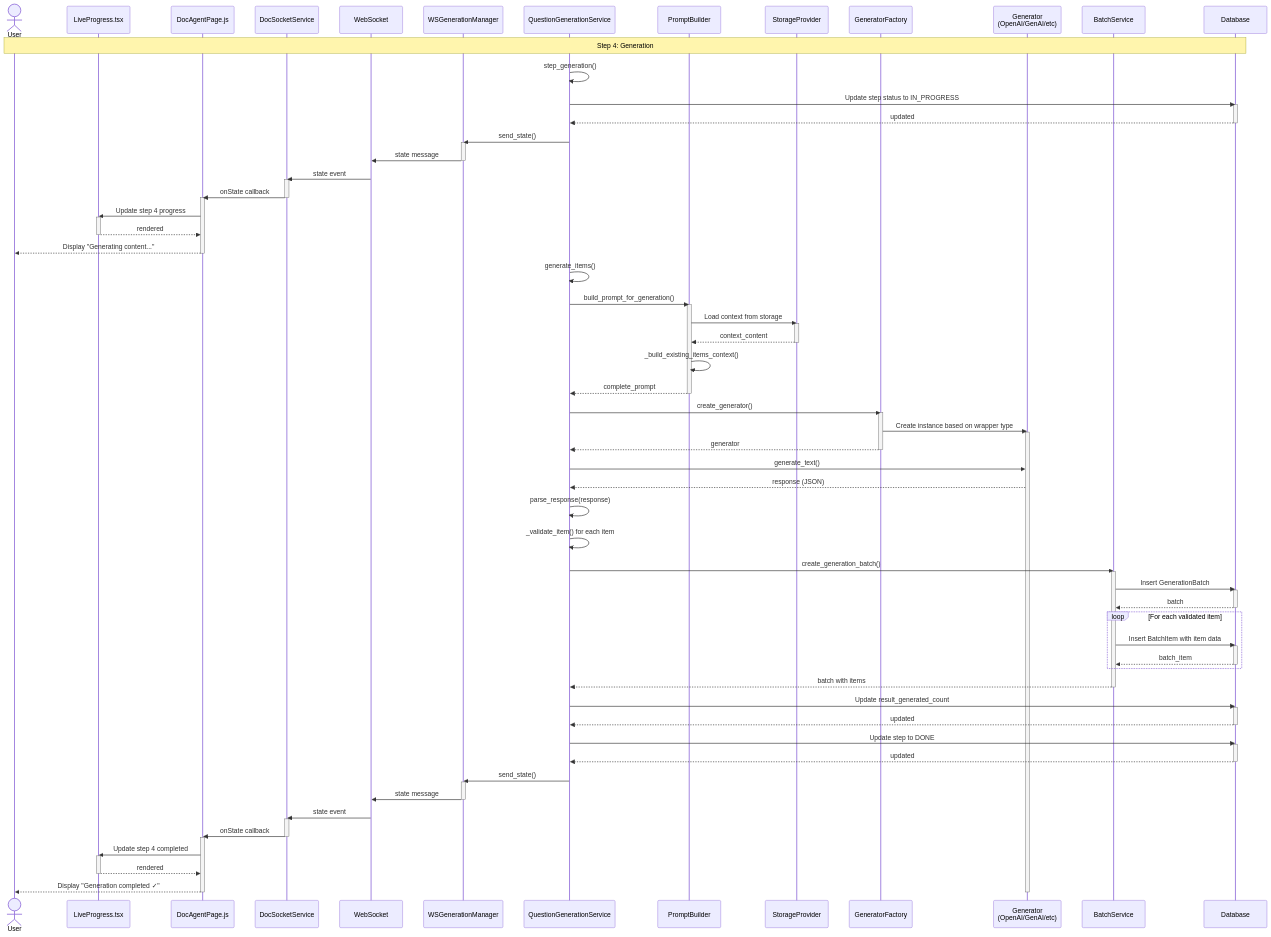
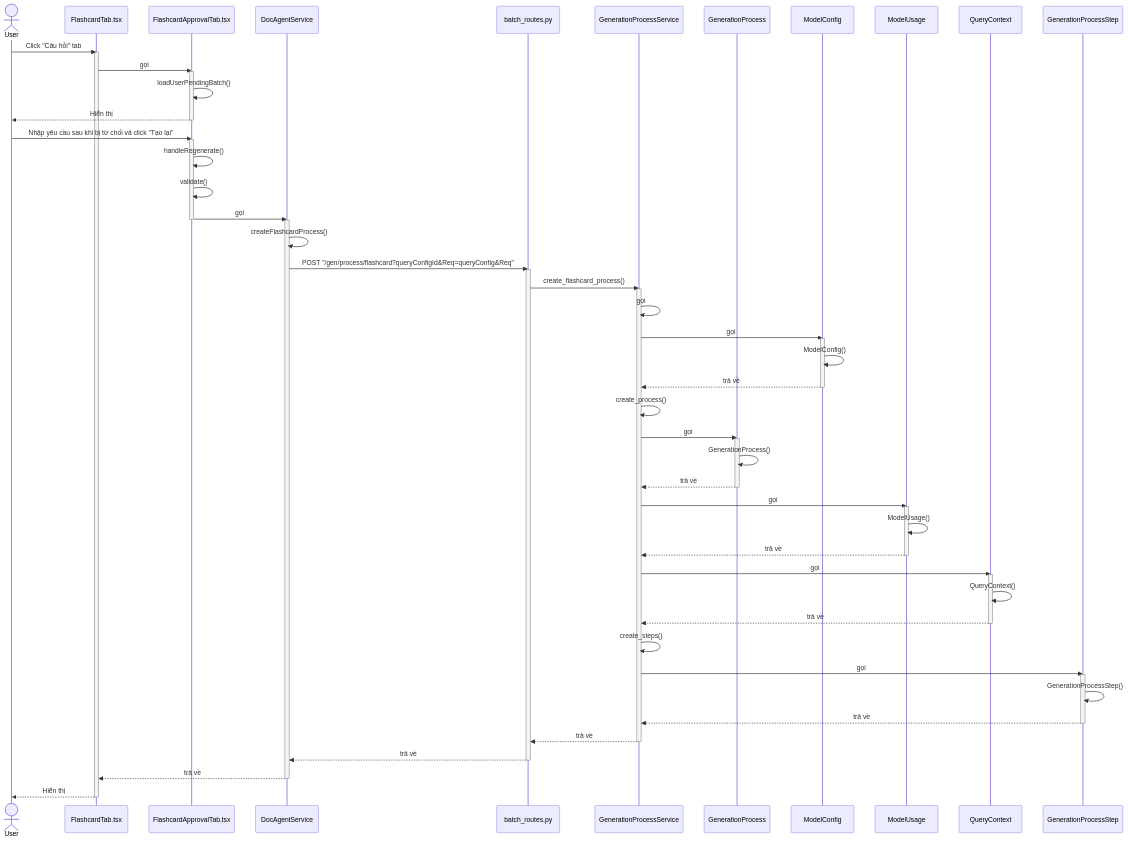
One commit to mduc-2610/gp_doc changed the fourth of 10 diagrams in generation/4_generation_batch_seq.md. Above: the diagram before and after it, drawn with Mermaid. The commit also changed other lines of this file and 34 other files, not shown here.

````diff
--- a/generation/4_generation_batch_seq.md
+++ b/generation/4_generation_batch_seq.md
@@ -554,113 +203,90 @@
 ```mermaid
 sequenceDiagram
     actor User
-    participant LiveProgress as LiveProgress.tsx
-    participant DocAgentPage as DocAgentPage.js
-    participant DocSocketService as DocSocketService
-    participant WebSocket as WebSocket
-    participant WSManager as WSGenerationManager
-    participant QuestionGenService as QuestionGenerationService
-    participant PromptBuilder as PromptBuilder
-    participant StorageProvider as StorageProvider
-    participant GeneratorFactory as GeneratorFactory
-    participant Generator as Generator<br/>(OpenAI/GenAI/etc)
-    participant BatchService as BatchService
-    participant DB as Database
+    participant FlashcardTab as FlashcardTab.tsx
+    participant FlashcardApprovalTab as FlashcardApprovalTab.tsx
+    participant DocAgentService as DocAgentService
+    participant BatchRoutes as batch_routes.py
+    participant GenerationProcessService as GenerationProcessService
+    participant GenerationProcess as GenerationProcess
+    participant ModelConfig as ModelConfig
+    participant ModelUsage as ModelUsage
+    participant QueryContext as QueryContext
+    participant GenerationProcessStep as GenerationProcessStep
 
-    Note over User,DB: Step 4: Generation
-    QuestionGenService->>QuestionGenService: step_generation()
-    QuestionGenService->>DB: Update step status to IN_PROGRESS
-    activate DB
-    DB-->>QuestionGenService: updated
-    deactivate DB
+    User->>FlashcardTab: Click "Câu hỏi" tab
+    activate FlashcardTab
     
-    QuestionGenService->>WSManager: send_state()
-    activate WSManager
-    WSManager->>WebSocket: state message
-    deactivate WSManager
+    FlashcardTab->>FlashcardApprovalTab: gọi
+    activate FlashcardApprovalTab
     
-    WebSocket->>DocSocketService: state event
-    activate DocSocketService
-    DocSocketService->>DocAgentPage: onState callback
-    deactivate DocSocketService
+    FlashcardApprovalTab->>FlashcardApprovalTab: loadUserPendingBatch()
+    FlashcardApprovalTab-->>User: Hiển thị
+    deactivate FlashcardApprovalTab
     
-    activate DocAgentPage
-    DocAgentPage->>LiveProgress: Update step 4 progress
-    activate LiveProgress
-    LiveProgress-->>DocAgentPage: rendered
-    deactivate LiveProgress
-    DocAgentPage-->>User: Display "Generating content..."
-    deactivate DocAgentPage
+    User->>FlashcardApprovalTab: Nhập yêu cầu sau khi bị từ chối và click "Tạo lại"
+    activate FlashcardApprovalTab
     
-    QuestionGenService->>QuestionGenService: generate_items()
+    FlashcardApprovalTab->>FlashcardApprovalTab: handleRegenerate()
+    FlashcardApprovalTab->>FlashcardApprovalTab: validate()
+    FlashcardApprovalTab->>DocAgentService: gọi
+    deactivate FlashcardApprovalTab
+    activate DocAgentService
     
-    QuestionGenService->>PromptBuilder: build_prompt_for_generation()
-    activate PromptBuilder
-    PromptBuilder->>StorageProvider: Load context from storage
-    activate StorageProvider
-    StorageProvider-->>PromptBuilder: context_content
-    deactivate StorageProvider
+    DocAgentService->>DocAgentService: createFlashcardProcess()
+    DocAgentService->>BatchRoutes: POST "/gen/process/flashcard?queryConfigId&Req=queryConfig&Req"
+    activate BatchRoutes
     
-    PromptBuilder->>PromptBuilder: _build_existing_items_context()
-    PromptBuilder-->>QuestionGenService: complete_prompt
-    deactivate PromptBuilder
+    BatchRoutes->>GenerationProcessService: create_flashcard_process()
+    activate GenerationProcessService
     
-    QuestionGenService->>GeneratorFactory: create_generator()
-    activate GeneratorFactory
-    GeneratorFactory->>Generator: Create instance based on wrapper type
-    activate Generator
-    GeneratorFactory-->>QuestionGenService: generator
-    deactivate GeneratorFactory
+    GenerationProcessService->>GenerationProcessService: gọi
+    GenerationProcessService->>ModelConfig: gọi
+    activate ModelConfig
     
-    QuestionGenService->>Generator: generate_text()
-    Generator-->>QuestionGenService: response (JSON)
+    ModelConfig->>ModelConfig: ModelConfig()
+    ModelConfig-->>GenerationProcessService: trả về
+    deactivate ModelConfig
     
-    QuestionGenService->>QuestionGenService: parse_response(response)
-    QuestionGenService->>QuestionGenService: _validate_item() for each item
+    GenerationProcessService->>GenerationProcessService: create_process()
+    GenerationProcessService->>GenerationProcess: gọi
+    activate GenerationProcess
     
-    QuestionGenService->>BatchService: create_generation_batch()
-    activate BatchService
-    BatchService->>DB: Insert GenerationBatch
-    activate DB
-    DB-->>BatchService: batch
-    deactivate DB
+    GenerationProcess->>GenerationProcess: GenerationProcess()
+    GenerationProcess-->>GenerationProcessService: trả về
+    deactivate GenerationProcess
     
-    loop For each validated item
-        BatchService->>DB: Insert BatchItem with item data
-        activate DB
-        DB-->>BatchService: batch_item
-        deactivate DB
-    end
+    GenerationProcessService->>ModelUsage: gọi
+    activate ModelUsage
     
-    BatchService-->>QuestionGenService: batch with items
-    deactivate BatchService
+    ModelUsage->>ModelUsage: ModelUsage()
+    ModelUsage-->>GenerationProcessService: trả về
+    deactivate ModelUsage
     
-    QuestionGenService->>DB: Update result_generated_count
-    activate DB
-    DB-->>QuestionGenService: updated
-    deactivate DB
+    GenerationProcessService->>QueryContext: gọi
+    activate QueryContext
     
-    QuestionGenService->>DB: Update step to DONE
-    activate DB
-    DB-->>QuestionGenService: updated
-    deactivate DB
+    QueryContext->>QueryContext: QueryContext()
+    QueryContext-->>GenerationProcessService: trả về
+    deactivate QueryContext
     
-    QuestionGenService->>WSManager: send_state()
-    activate WSManager
-    WSManager->>WebSocket: state message
-    deactivate WSManager
+    GenerationProcessService->>GenerationProcessService: create_steps()
+    GenerationProcessService->>GenerationProcessStep: gọi
+    activate GenerationProcessStep
     
-    WebSocket->>DocSocketService: state event
-    activate DocSocketService
-    DocSocketService->>DocAgentPage: onState callback
-    deactivate DocSocketService
+    GenerationProcessStep->>GenerationProcessStep: GenerationProcessStep()
+    GenerationProcessStep-->>GenerationProcessService: trả về
+    deactivate GenerationProcessStep
     
-    activate DocAgentPage
-    DocAgentPage->>LiveProgress: Update step 4 completed
-    activate LiveProgress
-    LiveProgress-->>DocAgentPage: rendered
-    deactivate LiveProgress
-    DocAgentPage-->>User: Display "Generation completed ✓"
-    deactivate DocAgentPage
-    deactivate Generator
+    GenerationProcessService-->>BatchRoutes: trả về
+    deactivate GenerationProcessService
+    
+    BatchRoutes-->>DocAgentService: trả về
+    deactivate BatchRoutes
+    
+    DocAgentService-->>FlashcardTab: trả về
+    deactivate DocAgentService
+    
+    FlashcardTab-->>User: Hiển thị
+    deactivate FlashcardTab
 ```
````
